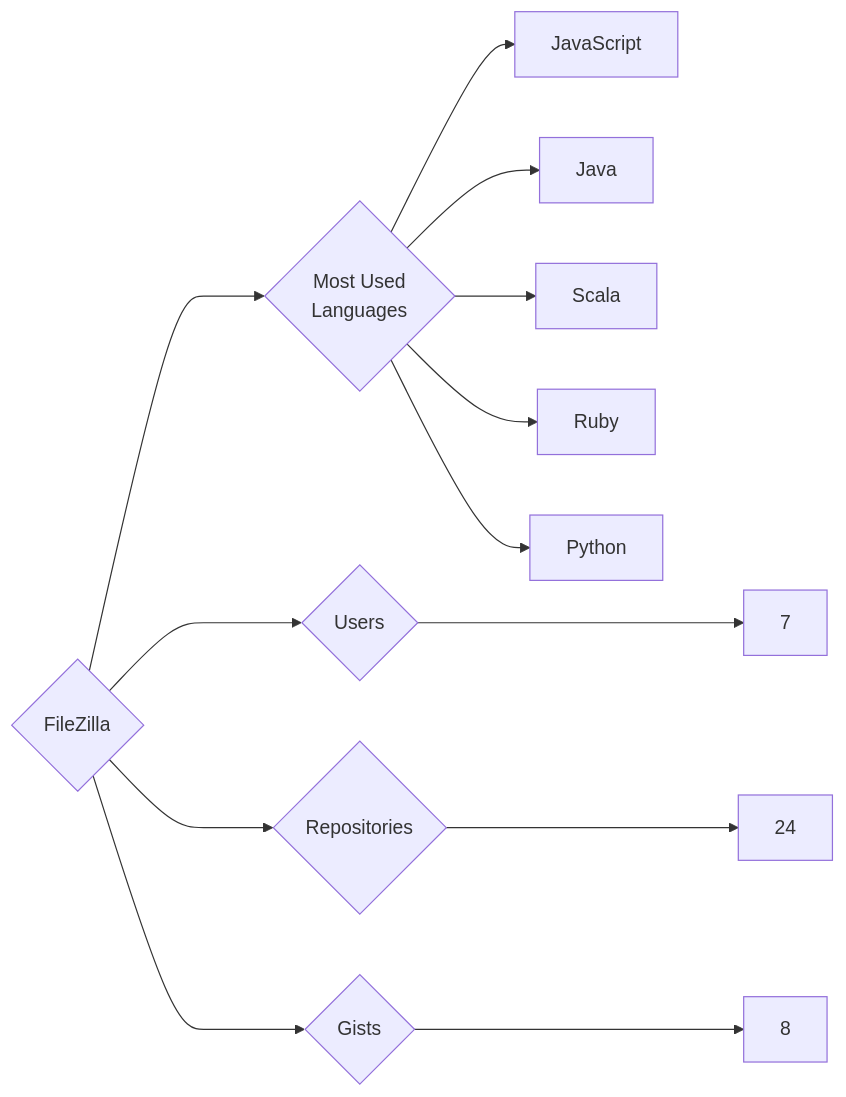
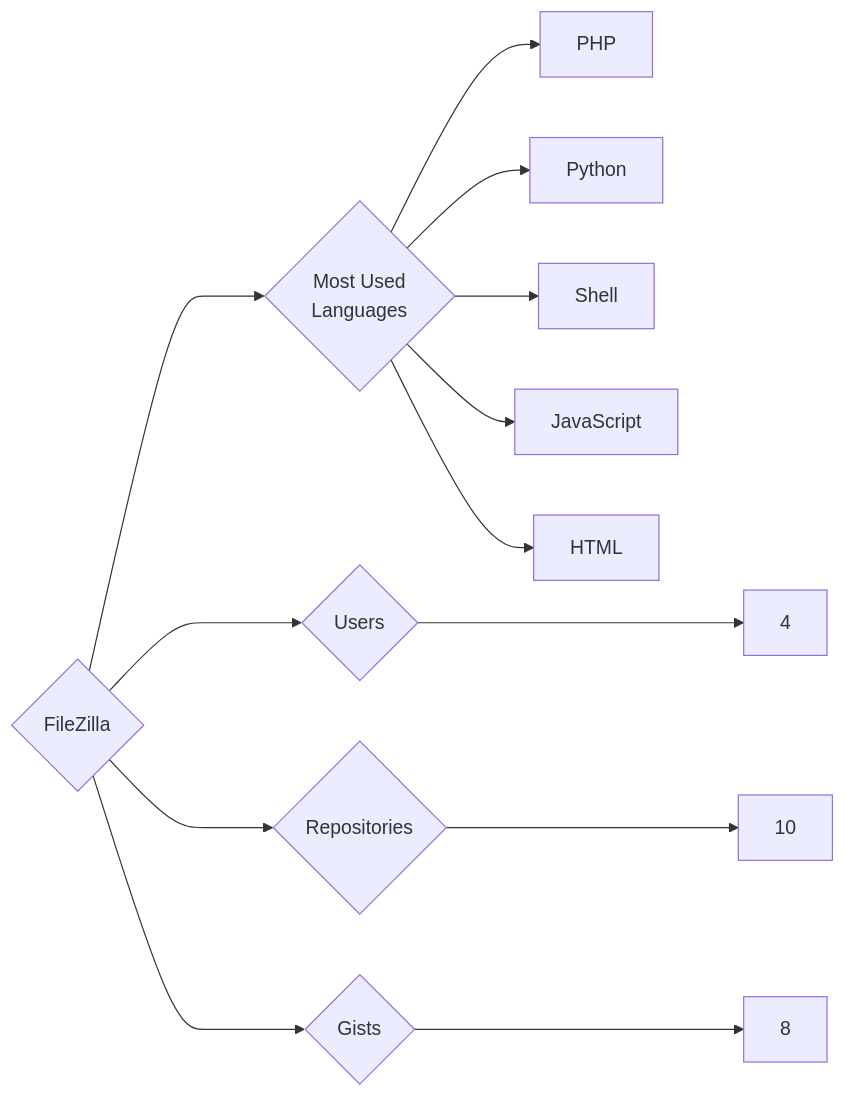
The diagram in targets/FileZilla/README.md (trickest/insiders), drawn with Mermaid before and after one commit. The commit also changed 1007 other files, not shown here.

````diff
--- a/targets/FileZilla/README.md
+++ b/targets/FileZilla/README.md
@@ -3,13 +3,13 @@
 ```mermaid
 graph LR
 COMPANY_NAME{FileZilla}
-COMPANY_NAME ---> U{Users} ---> UN[7]
-COMPANY_NAME ---> R{Repositories} ---> RN[24]
+COMPANY_NAME ---> U{Users} ---> UN[4]
+COMPANY_NAME ---> R{Repositories} ---> RN[10]
 COMPANY_NAME ---> G{Gists} ---> GN[8]
 COMPANY_NAME ---> ML{Most Used<br>Languages}
+ML --> PHP[PHP]
+ML --> Python[Python]
+ML --> Shell[Shell]
 ML --> JavaScript[JavaScript]
-ML --> Java[Java]
-ML --> Scala[Scala]
-ML --> Ruby[Ruby]
-ML --> Python[Python]
+ML --> HTML[HTML]
 ```
````
